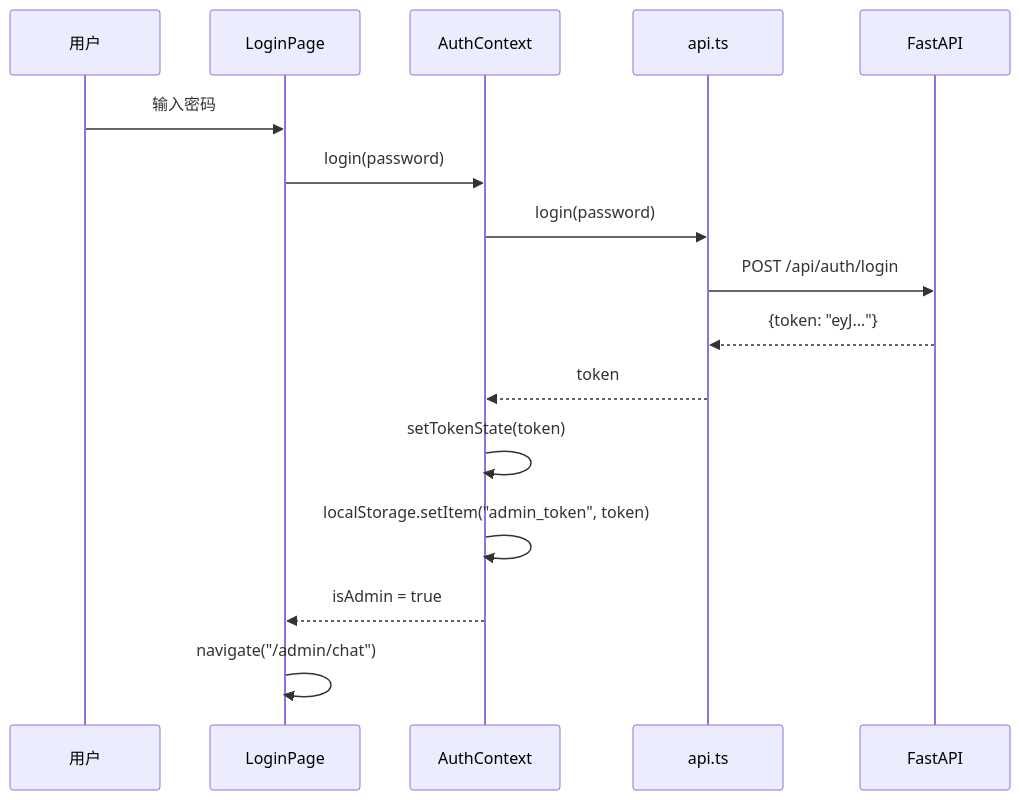
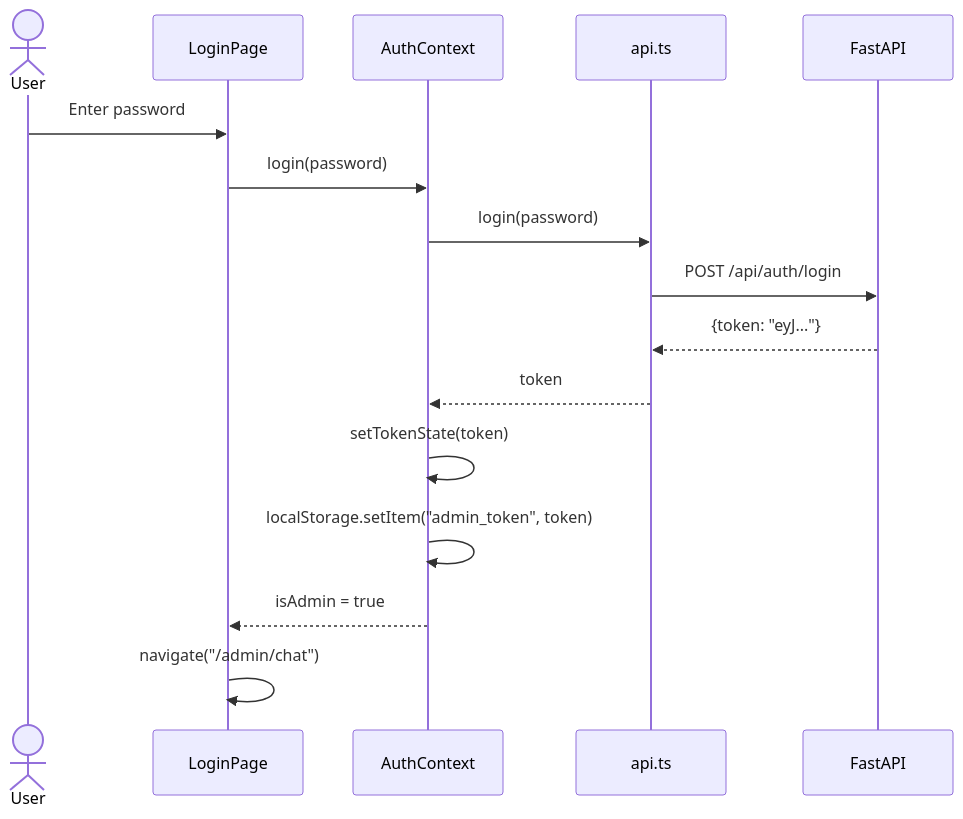
The second of 2 diagrams in docs/docs/architecture/frontend.mdx (XUranus/dungeon), drawn with Mermaid before and after one commit. The commit also changed other lines of this file and 75 other files, not shown here.

````diff
--- a/docs/docs/architecture/frontend.mdx
+++ b/docs/docs/architecture/frontend.mdx
@@ -388,19 +123,19 @@
 ```mermaid
 sequenceDiagram
-    participant User as 用户
+    actor User as User
     participant LoginPage as LoginPage
     participant AuthCtx as AuthContext
     participant API as api.ts
     participant Backend as FastAPI
 
-    User->>LoginPage: 输入密码
+    User->>LoginPage: Enter password
     LoginPage->>AuthCtx: login(password)
     AuthCtx->>API: login(password)
     API->>Backend: POST /api/auth/login
     Backend-->>API: {token: "eyJ..."}
     API-->>AuthCtx: token
     AuthCtx->>AuthCtx: setTokenState(token)
     AuthCtx->>AuthCtx: localStorage.setItem("admin_token", token)
     AuthCtx-->>LoginPage: isAdmin = true
     LoginPage->>LoginPage: navigate("/admin/chat")
 ```
````
